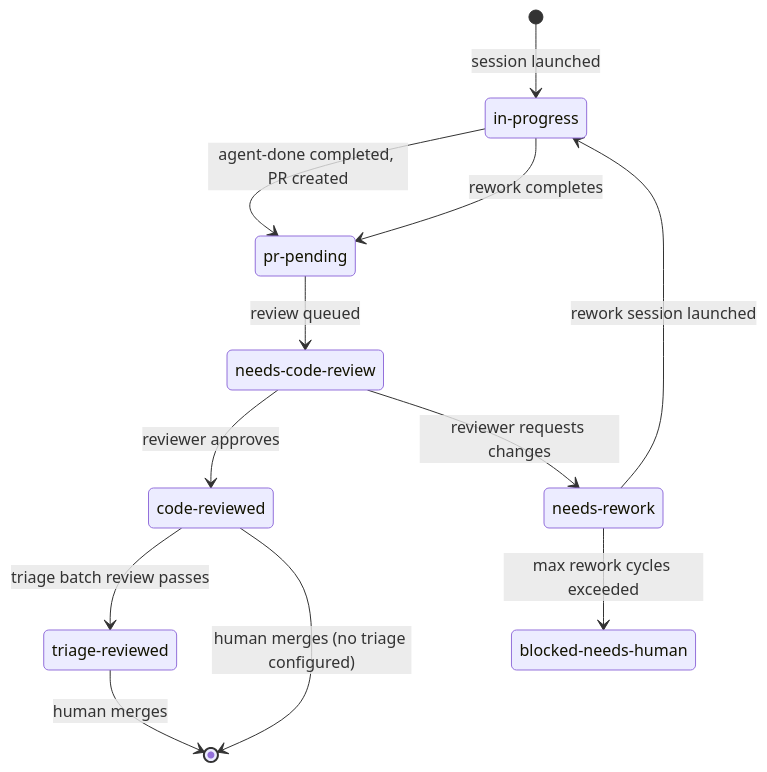
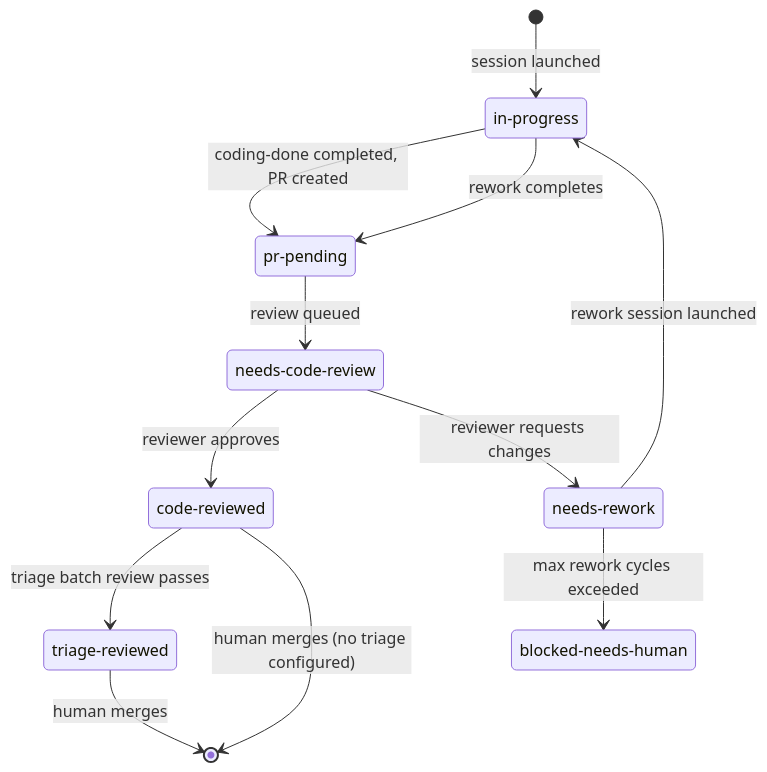
One commit to issue-orchestrator/issue-orchestrator changed the fifth of 5 diagrams in docs/development/REVIEW_WORKFLOW.md. Above: the diagram before and after it, drawn with Mermaid. The commit also changed 52 other files, not shown here.

First line of the commit message:
Split agent-done into coding-done and reviewer-done

````diff
--- a/docs/development/REVIEW_WORKFLOW.md
+++ b/docs/development/REVIEW_WORKFLOW.md
@@ -82,22 +82,22 @@
 ```mermaid
 stateDiagram-v2
   state "in-progress" as IP
   state "pr-pending" as PR
   state "needs-code-review" as NCR
   state "code-reviewed" as CR
   state "needs-rework" as NR
   state "triage-reviewed" as TR
   state "blocked-needs-human" as BNH
 
   [*] --> IP : session launched
-  IP --> PR : agent-done completed, PR created
+  IP --> PR : coding-done completed, PR created
   PR --> NCR : review queued
   NCR --> CR : reviewer approves
   NCR --> NR : reviewer requests changes
   NR --> IP : rework session launched
   IP --> PR : rework completes
   CR --> TR : triage batch review passes
   NR --> BNH : max rework cycles exceeded
   TR --> [*] : human merges
   CR --> [*] : human merges (no triage configured)
 ```
````
